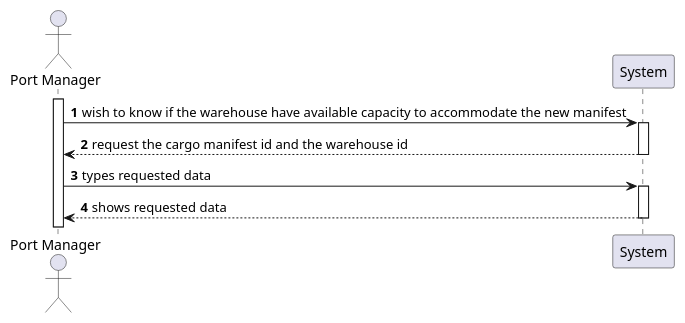
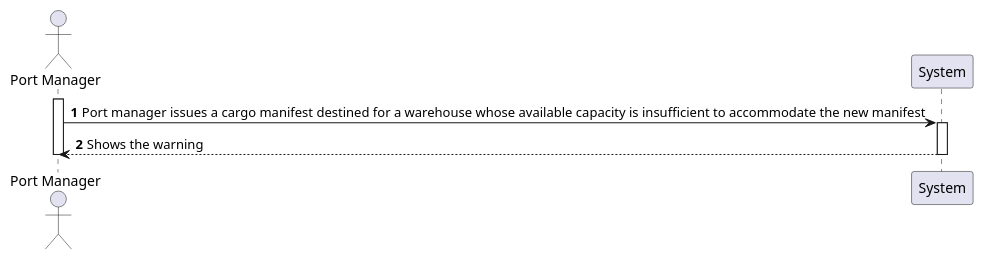
One commit to Pedromaia26/LAPR3-ISEP changed the diagram in Documentation/Sprint3/Requirements_Engineering/US307/US307_SSD.puml. Above: the diagram before and after it, drawn with PlantUML. The commit also changed 3 other files, not shown here.

```diff
--- a/Documentation/Sprint3/Requirements_Engineering/US307/US307_SSD.puml
+++ b/Documentation/Sprint3/Requirements_Engineering/US307/US307_SSD.puml
@@ -1,18 +1,18 @@
 @startuml
-'https://plantuml.com/sequence-diagram
+actor "Port Manager" as Adm
+participant "System" as System
 
 autonumber
 
-actor "Port Manager" as PM
-participant "System" as S
-activate PM
+activate Adm
 
-PM -> S: wish to know if the warehouse have available capacity to accommodate the new manifest
-activate S
-PM <-- S: request the cargo manifest id and the warehouse id
-deactivate S
-PM -> S: types requested data
-activate S
-PM <-- S: shows requested data
-deactivate S
+Adm -> System: Port manager issues a cargo manifest destined for a warehouse whose available capacity is insufficient to accommodate the new manifest
+
+activate System
+
+System --> Adm: Shows the warning
+
+deactivate System
+
+deactivate Adm
 @enduml
```
